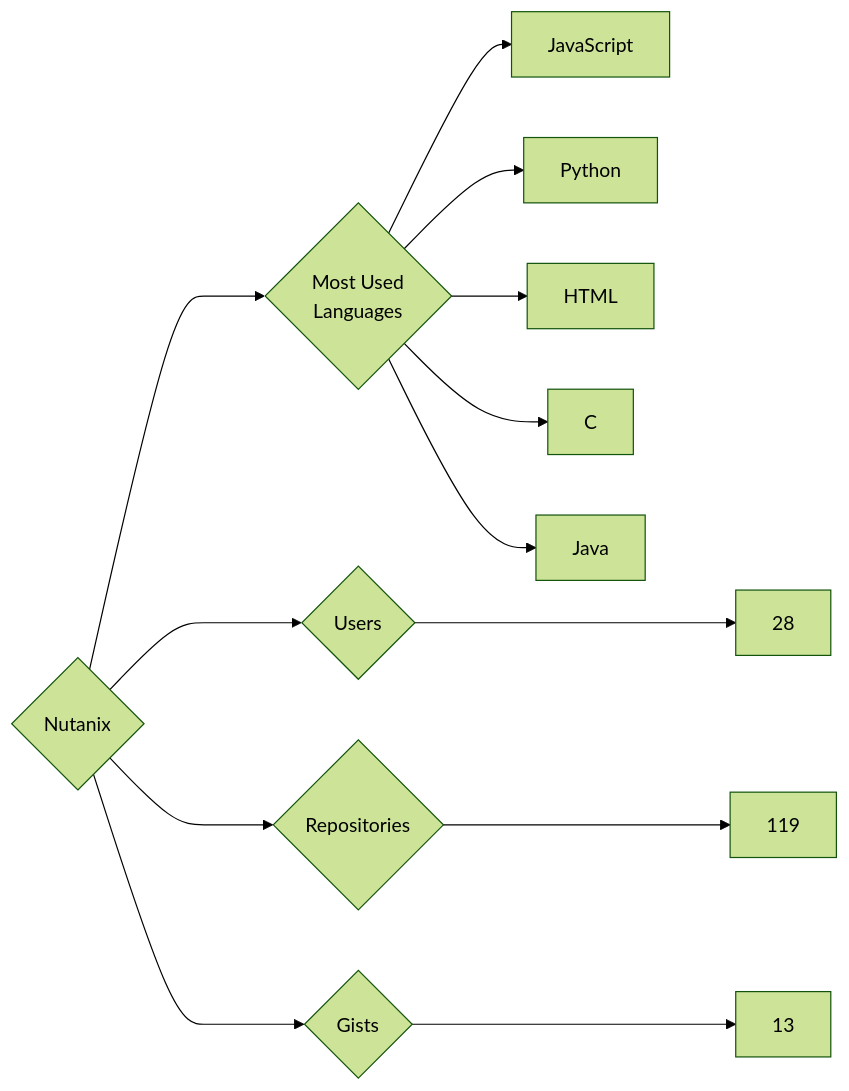
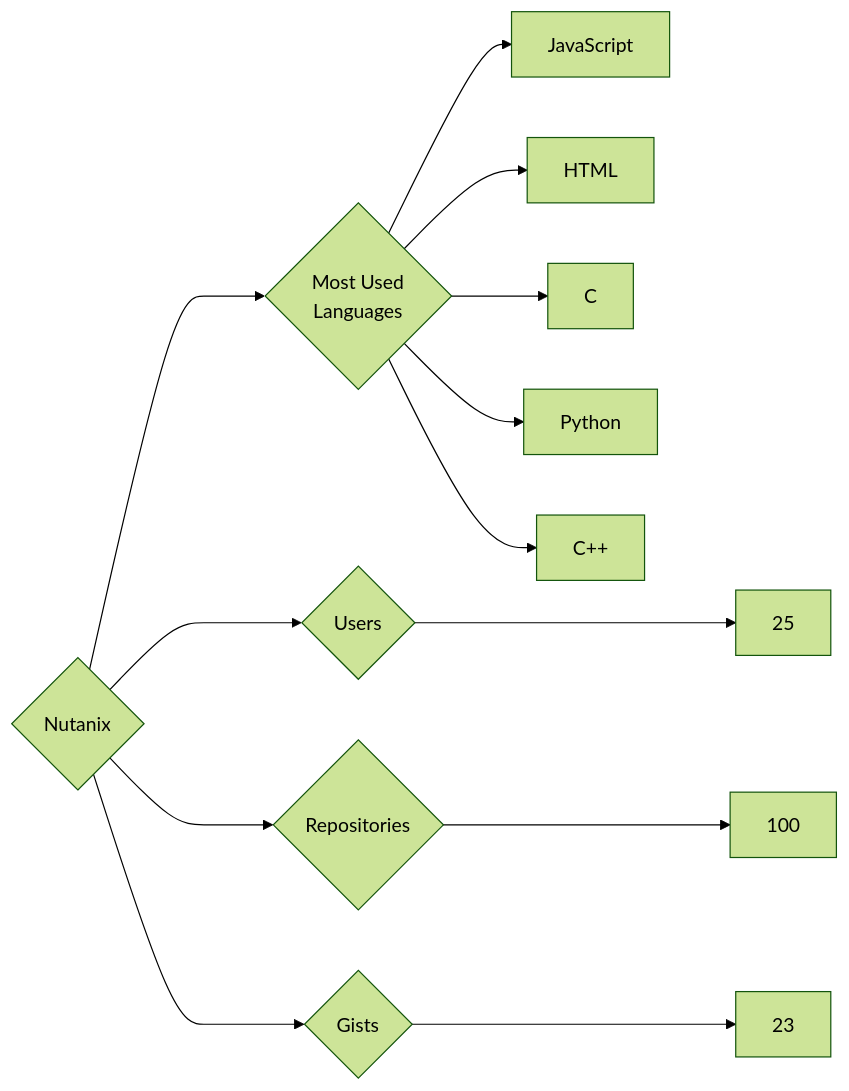
The diagram in targets/Nutanix/README.md (trickest/insiders), drawn with Mermaid (forest theme) before and after one commit. The commit also changed 839 other files, not shown here.

````diff
--- a/targets/Nutanix/README.md
+++ b/targets/Nutanix/README.md
@@ -3,13 +3,13 @@
 ```mermaid
 graph LR
 COMPANY_NAME{Nutanix}
-COMPANY_NAME ---> U{Users} ---> UN[28]
-COMPANY_NAME ---> R{Repositories} ---> RN[119]
-COMPANY_NAME ---> G{Gists} ---> GN[13]
+COMPANY_NAME ---> U{Users} ---> UN[25]
+COMPANY_NAME ---> R{Repositories} ---> RN[100]
+COMPANY_NAME ---> G{Gists} ---> GN[23]
 COMPANY_NAME ---> ML{Most Used<br>Languages}
 ML --> JavaScript[JavaScript]
-ML --> Python[Python]
 ML --> HTML[HTML]
 ML --> C[C]
-ML --> Java[Java]
+ML --> Python[Python]
+ML --> C++[C++]
 ```
````
